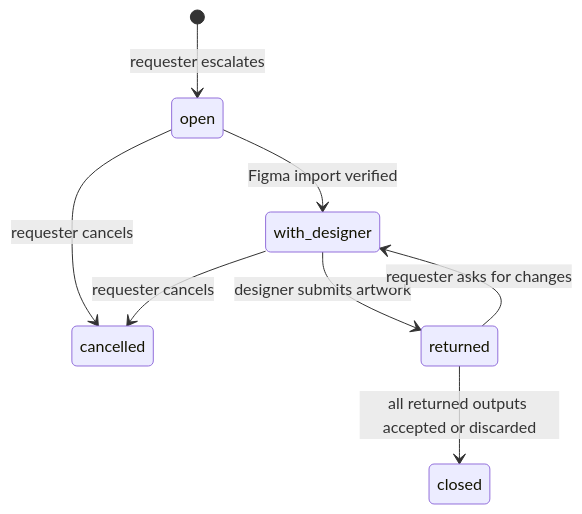
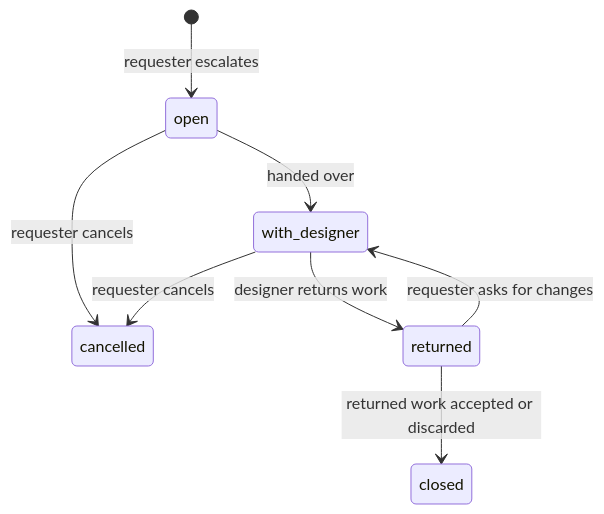
Before and after one commit to roman-kovbasyuk/automation-studio: the diagram in docs/specs/quality-and-escalation.md, drawn with Mermaid. The commit also changed other lines of this file and 21 other files, not shown here.

````diff
--- a/docs/specs/quality-and-escalation.md
+++ b/docs/specs/quality-and-escalation.md
@@ -100,10 +104,10 @@
 ```mermaid
 stateDiagram-v2
   [*] --> open: requester escalates
-  open --> with_designer: Figma import verified
+  open --> with_designer: handed over
   open --> cancelled: requester cancels
-  with_designer --> returned: designer submits artwork
+  with_designer --> returned: designer returns work
   with_designer --> cancelled: requester cancels
   returned --> with_designer: requester asks for changes
-  returned --> closed: all returned outputs accepted or discarded
+  returned --> closed: returned work accepted or discarded
 ```
````
